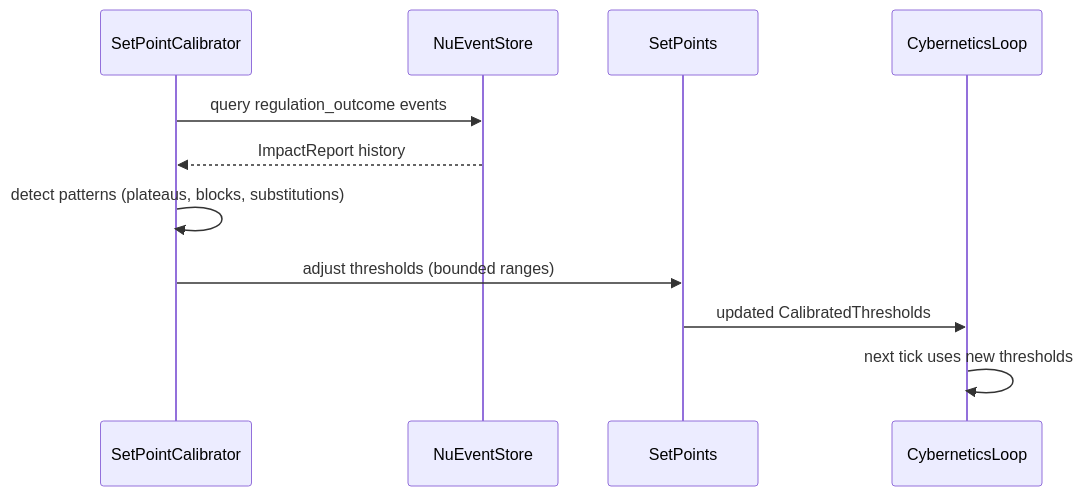
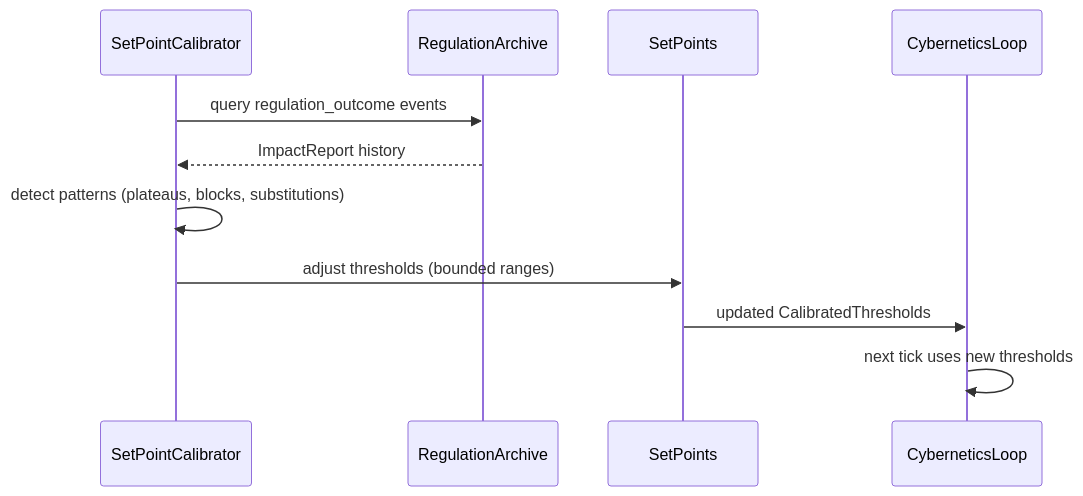
One commit to mdz-axo/hKask changed the fourth of 6 diagrams in docs/architecture/core/toyota-kata-cybernetic-mapping.md. Above: the diagram before and after it, drawn with Mermaid. The commit also changed other lines of this file and 35 other files, not shown here.

````diff
--- a/docs/architecture/core/toyota-kata-cybernetic-mapping.md
+++ b/docs/architecture/core/toyota-kata-cybernetic-mapping.md
@@ -343,14 +343,14 @@
 ```mermaid
 sequenceDiagram
     participant SPC as SetPointCalibrator
-    participant NES as NuEventStore
+    participant NES as RegulationArchive
     participant SP as SetPoints
     participant CL as CyberneticsLoop
 
     SPC->>NES: query regulation_outcome events
     NES-->>SPC: ImpactReport history
     SPC->>SPC: detect patterns (plateaus, blocks, substitutions)
     SPC->>SP: adjust thresholds (bounded ranges)
     SP->>CL: updated CalibratedThresholds
     CL->>CL: next tick uses new thresholds
 ```
````
